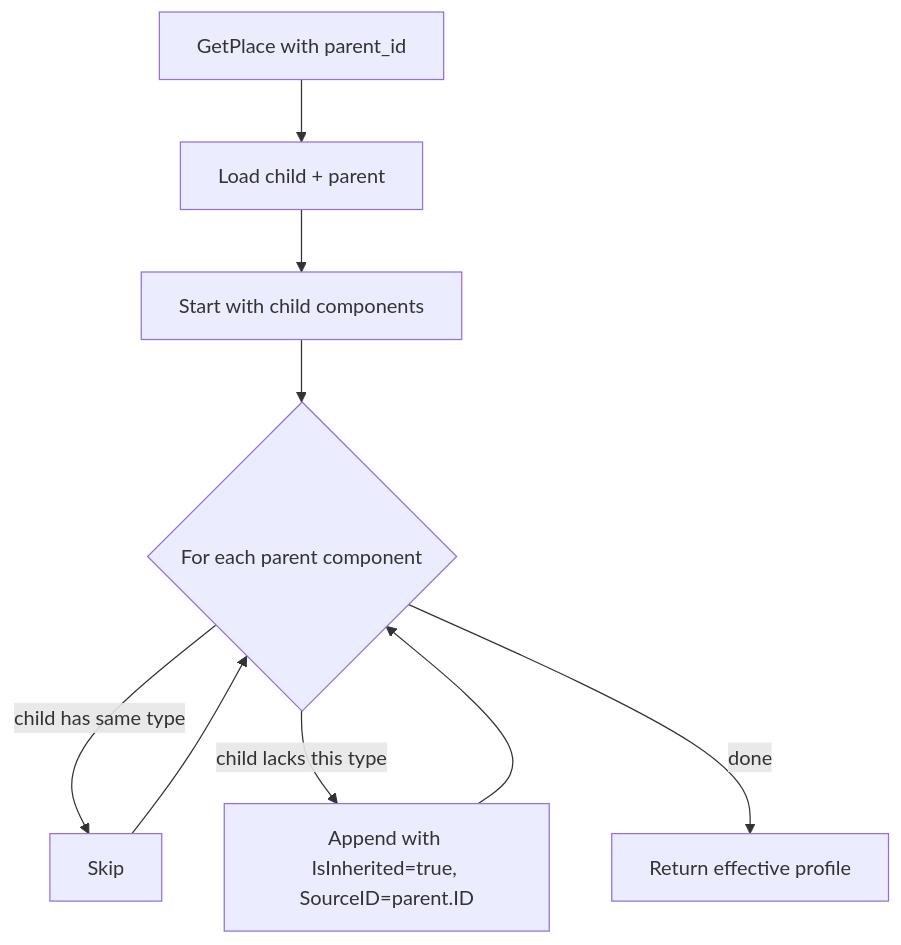
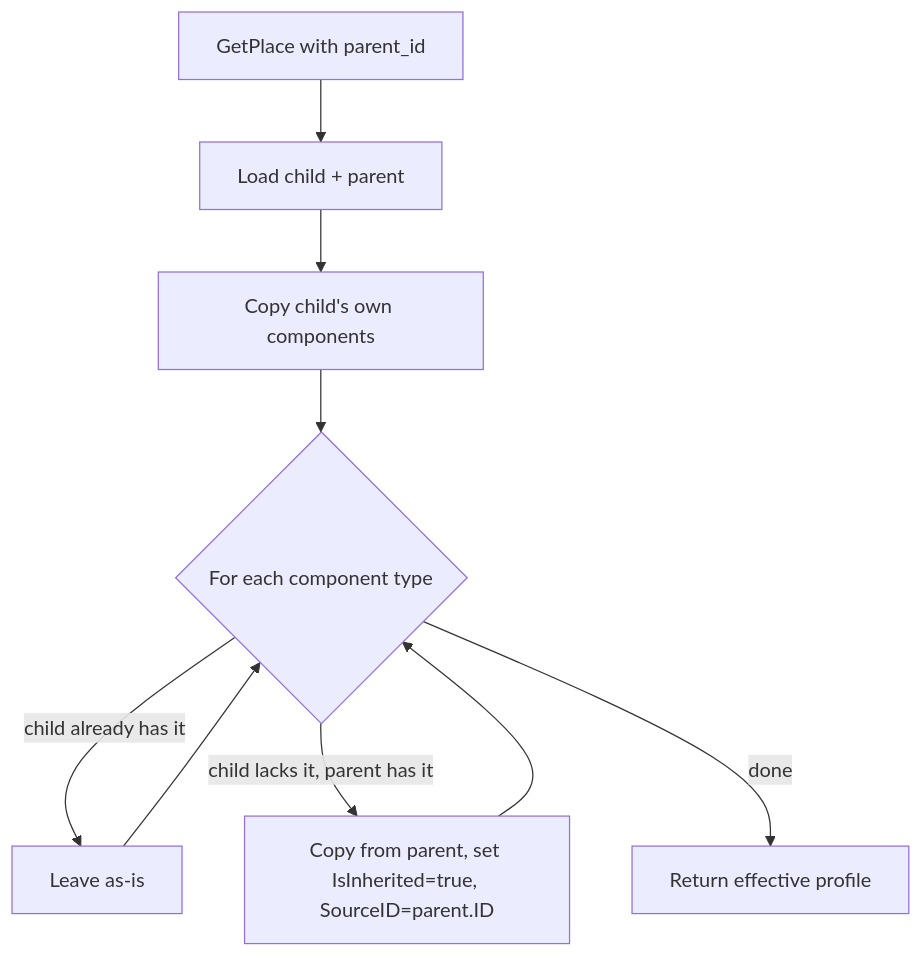
Before and after one commit to InWheelOrg/inwheel-api: the second of 2 diagrams in internal/a11y/README.md, drawn with Mermaid. The commit also changed other lines of this file and 4 other files, not shown here.

````diff
--- a/internal/a11y/README.md
+++ b/internal/a11y/README.md
@@ -70,11 +49,11 @@
 ```mermaid
 flowchart TD
     A[GetPlace with parent_id] --> B[Load child + parent]
-    B --> C[Start with child components]
-    C --> D{For each parent component}
-    D -- child has same type --> E[Skip]
-    D -- child lacks this type --> F[Append with IsInherited=true, SourceID=parent.ID]
+    B --> C[Copy child's own components]
+    C --> D{For each component type}
+    D -- child already has it --> E[Leave as-is]
+    D -- child lacks it, parent has it --> F[Copy from parent, set IsInherited=true, SourceID=parent.ID]
     F --> D
     E --> D
     D -- done --> G[Return effective profile]
 ```
````
